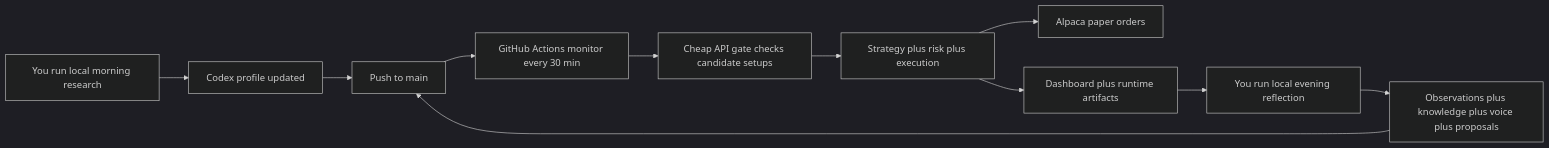
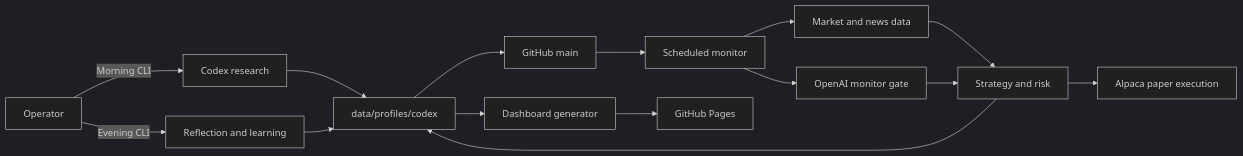
One commit to Aashay-chaudhari/trader changed the diagram in README.md. Above: the diagram before and after it, drawn with Mermaid (dark theme). The commit also changed other lines of this file and 22 other files, not shown here.

Commit message:
Document Codex-only monitoring architecture

````diff
--- a/README.md
+++ b/README.md
@@ -12,13 +7,17 @@
 ```mermaid
 flowchart LR
-    A[You run local morning research] --> C[Codex profile updated]
-    C --> D[Push to main]
-    D --> E[GitHub Actions monitor every 30 min]
-    E --> F[Cheap API gate checks candidate setups]
-    F --> G[Strategy plus risk plus execution]
-    G --> H[Alpaca paper orders]
-    G --> I[Dashboard plus runtime artifacts]
-    I --> J[You run local evening reflection]
-    J --> K[Observations plus knowledge plus voice plus proposals]
-    K --> D
+    O[Operator] -->|Morning CLI| C[Codex research]
+    C --> P[data/profiles/codex]
+    P --> G[GitHub main]
+    G --> A[Scheduled monitor]
+    A --> D[Market and news data]
+    A --> L[OpenAI monitor gate]
+    D --> S[Strategy and risk]
+    L --> S
+    S --> E[Alpaca paper execution]
+    S --> P
+    P --> H[Dashboard generator]
+    H --> Pages[GitHub Pages]
+    O -->|Evening CLI| R[Reflection and learning]
+    R --> P
 ```
````
